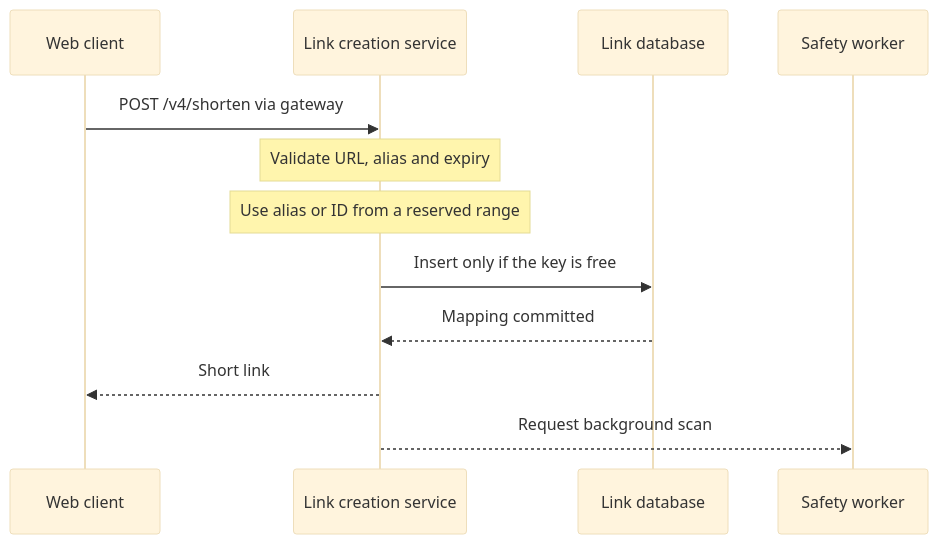
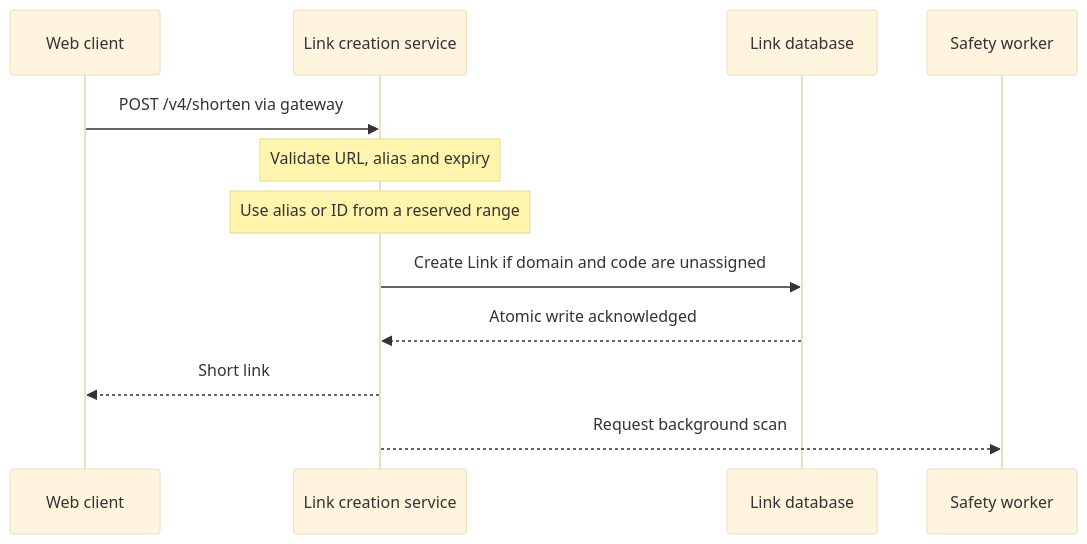
Before and after one commit to iliazlobin/iliazlobin.github.io: the second of 6 diagrams in _designs/system-design-bitly-url-shortener.md, drawn with Mermaid (base theme). The commit also changed other lines of this file and 95 other files, not shown here.

````diff
--- a/_designs/system-design-bitly-url-shortener.md
+++ b/_designs/system-design-bitly-url-shortener.md
@@ -220,16 +235,14 @@
 ```mermaid
 sequenceDiagram
-    accTitle: Creating a short link
-    accDescr: The creation service commits a unique link mapping before returning it, then requests a background safety scan.
     participant W as Web client
     participant S as Link creation service
     participant D as Link database
     participant B as Safety worker
     W->>S: POST /v4/shorten via gateway
     Note over S: Validate URL, alias and expiry
     Note over S: Use alias or ID from a reserved range
-    S->>D: Insert only if the key is free
-    D-->>S: Mapping committed
+    S->>D: Create Link if domain and code are unassigned
+    D-->>S: Atomic write acknowledged
     S-->>W: Short link
     S-->>B: Request background scan
 ```
````
